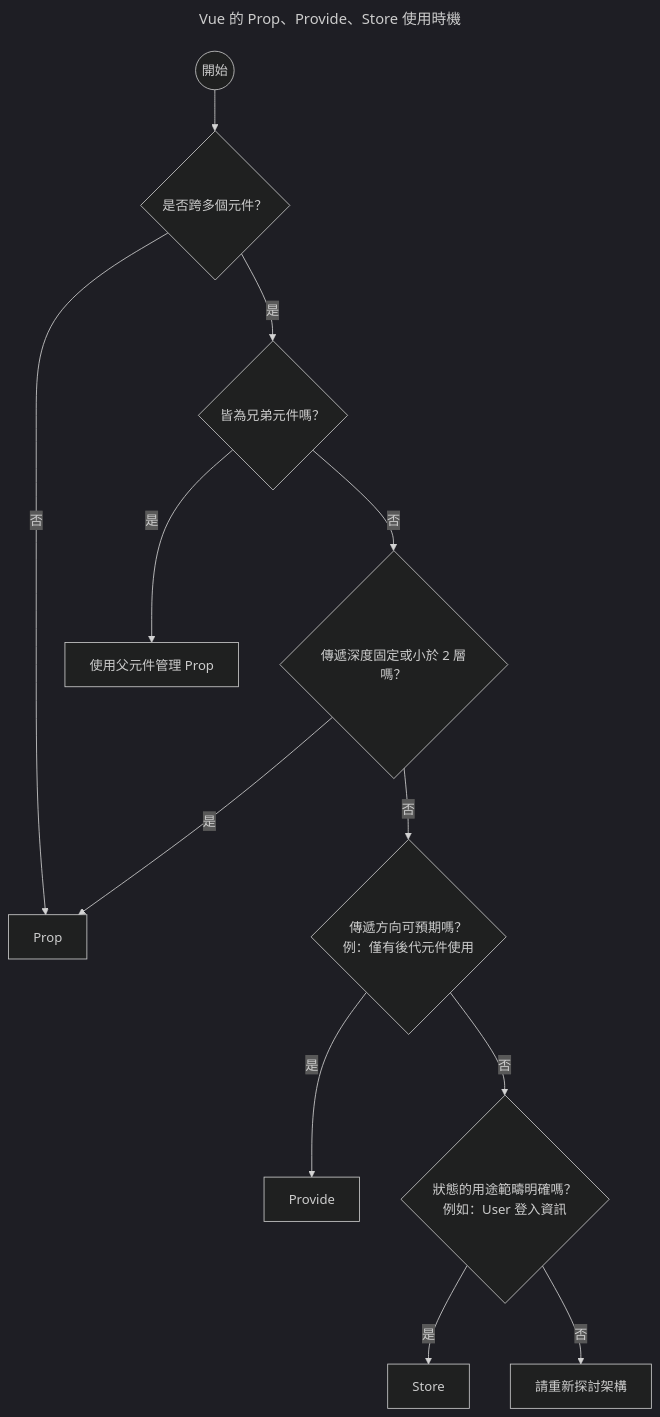
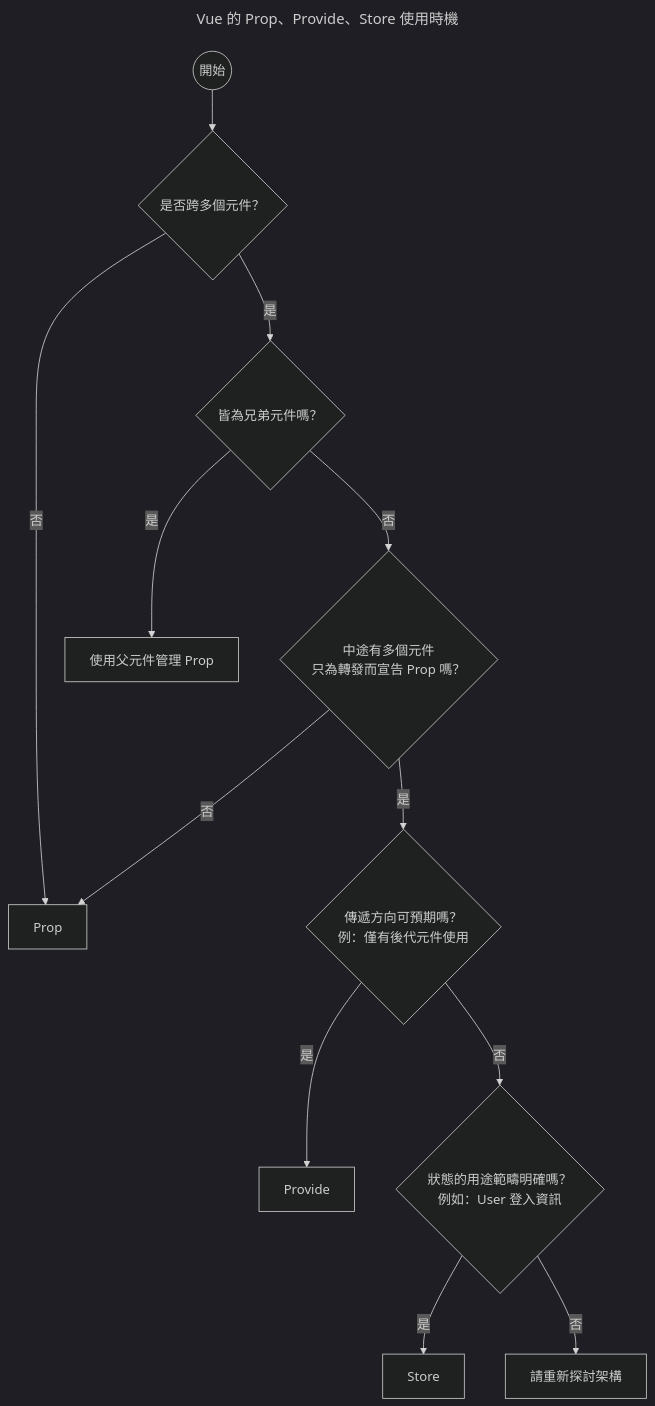
One commit to Codfisher/cod-aquarium changed the diagram in content/blog-vue/241212.about-vue-data-flow.md. Above: the diagram before and after it, drawn with Mermaid (dark theme). The commit also changed other lines of this file, not shown here.

````diff
--- a/content/blog-vue/241212.about-vue-data-flow.md
+++ b/content/blog-vue/241212.about-vue-data-flow.md
@@ -37,30 +37,31 @@
 ```mermaid
 ---
 title: Vue 的 Prop、Provide、Store 使用時機
 ---
 
 flowchart TD
     A((開始)) --> B{是否跨多個元件？}
 
     B --否--> R1
     B --是--> C{皆為兄弟元件嗎？}
 
     C --是--> R2
-    C --否--> D{傳遞深度固定或小於 2 層嗎？}
+    C --否--> D{中途有多個元件
+    只為轉發而宣告 Prop 嗎？}
 
-    D --是--> R1
-    D --否--> E{傳遞方向可預期嗎？
+    D --否--> R1
+    D --是--> E{傳遞方向可預期嗎？
     例：僅有後代元件使用}
 
     E --是--> R3
     E --否--> F{狀態的用途範疇明確嗎？
     例如：User 登入資訊}
 
     F --是--> R4
     F --否--> 請重新探討架構
 
     R1[Prop]
     R2[使用父元件管理 Prop]
     R3[Provide]
     R4[Store]
 ```
````
